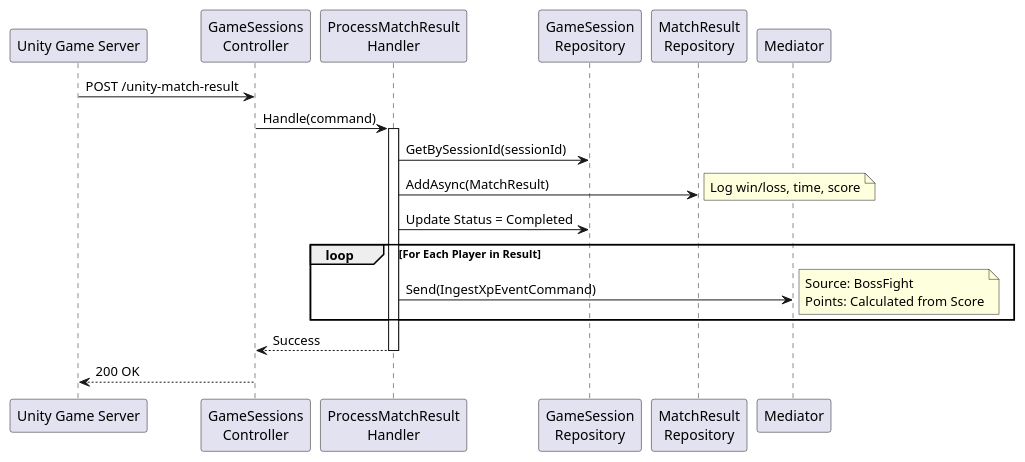
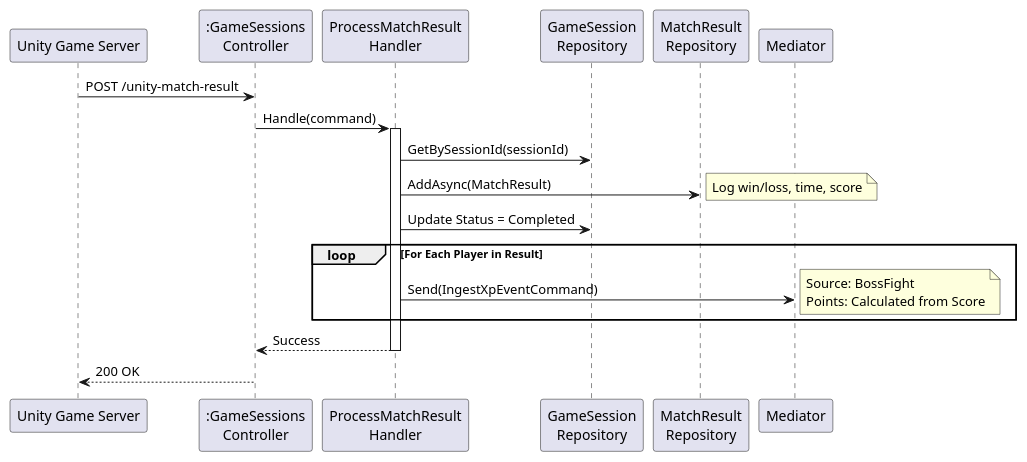
Before and after one commit to FA25SE050-RogueLearn/RogueLearn.BMAD.Documentation: the diagram in docs/srs/diagrams/sequence-diagram/boss-fight/game-session-result-seq.puml, drawn with PlantUML. The commit also changed 77 other files, not shown here.

Commit message:
add: fix the sequence diagrams

```diff
--- a/docs/srs/diagrams/sequence-diagram/boss-fight/game-session-result-seq.puml
+++ b/docs/srs/diagrams/sequence-diagram/boss-fight/game-session-result-seq.puml
@@ -2,32 +2,32 @@
 @startuml
 participant "Unity Game Server" as Game
-participant "GameSessions\nController" as Controller
+participant ":GameSessions\nController" as Controller
 participant "ProcessMatchResult\nHandler" as Handler
 participant "GameSession\nRepository" as SessionDB
 participant "MatchResult\nRepository" as ResultDB
 participant "Mediator" as Med
 
 Game -> Controller : POST /unity-match-result
 Controller -> Handler : Handle(command)
 
 activate Handler
     Handler -> SessionDB : GetBySessionId(sessionId)
     
     Handler -> ResultDB : AddAsync(MatchResult)
     note right: Log win/loss, time, score
     
     Handler -> SessionDB : Update Status = Completed
     
     loop For Each Player in Result
         Handler -> Med : Send(IngestXpEventCommand)
         note right
             Source: BossFight
             Points: Calculated from Score
         end note
     end
     
     Handler --> Controller : Success
 deactivate Handler
 
 Controller --> Game : 200 OK
 @enduml
```
